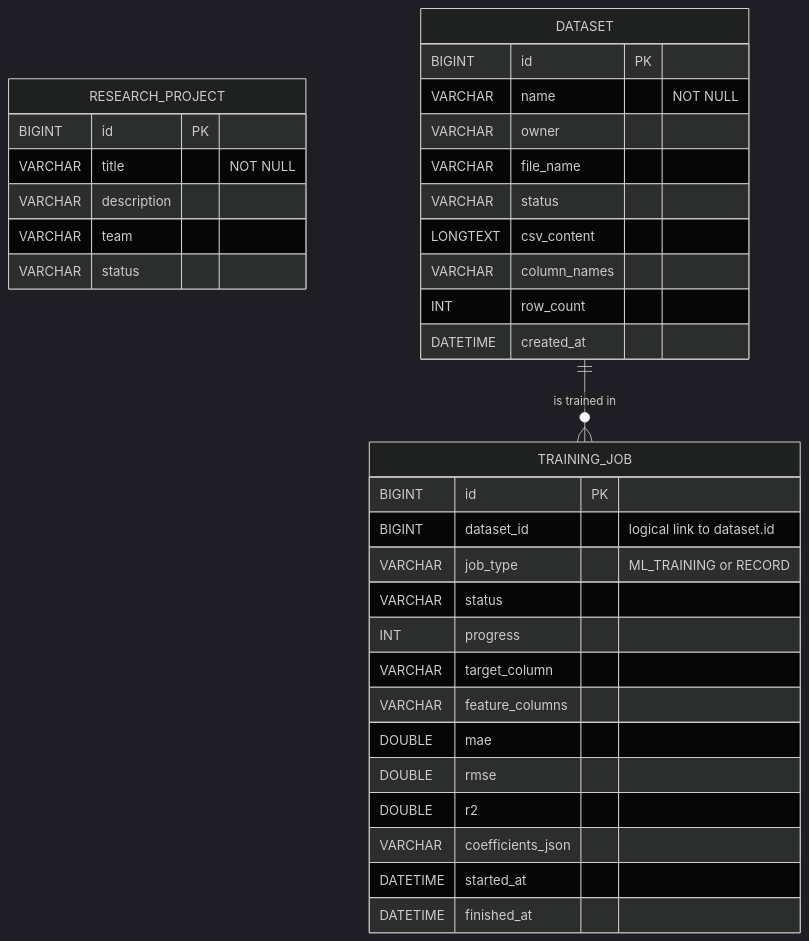
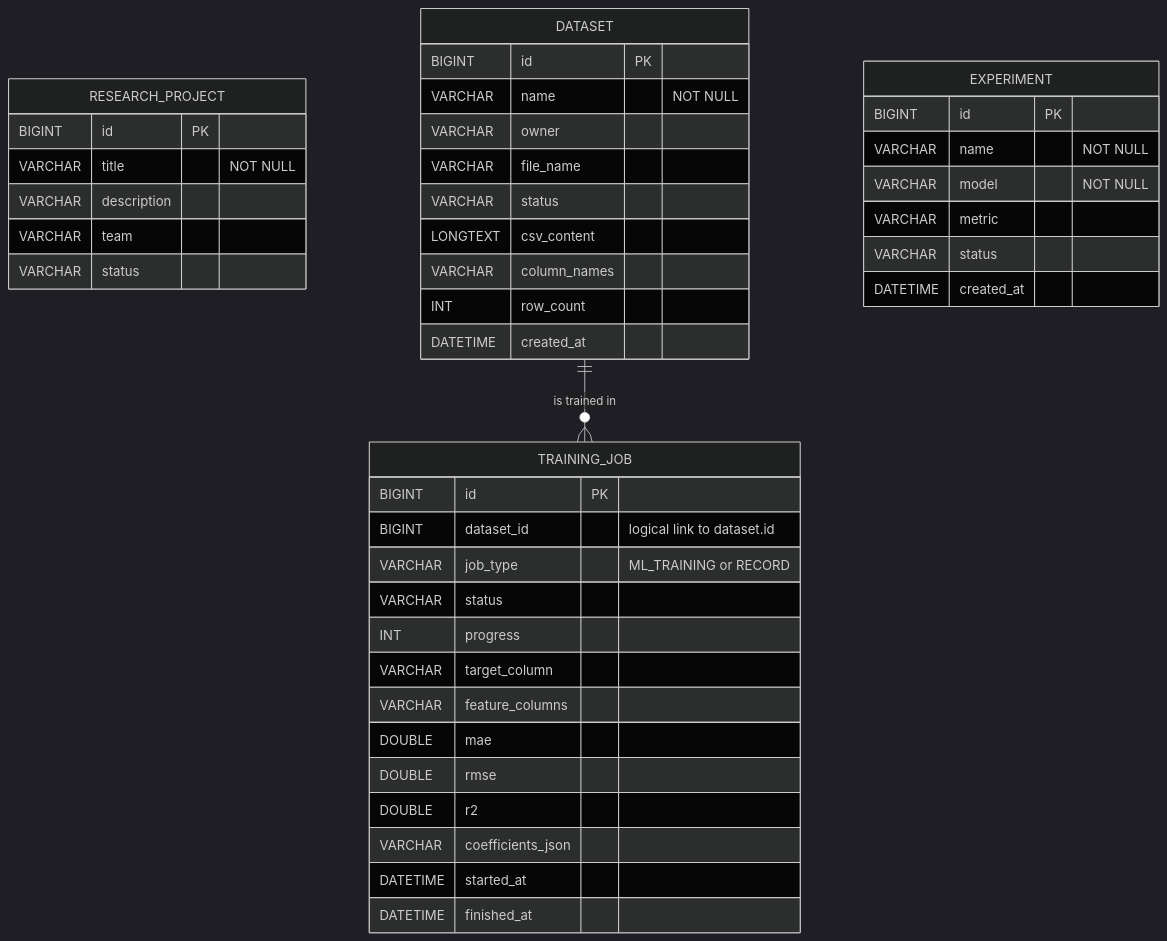
Before and after one commit to keshavtomar1606-gif/AI_Research_Plateform: the second of 2 diagrams in README.md, drawn with Mermaid (dark theme). The commit also changed other lines of this file and 27 other files, not shown here.

````diff
--- a/README.md
+++ b/README.md
@@ -24,37 +24,45 @@
 ```mermaid
 erDiagram
     RESEARCH_PROJECT {
         BIGINT id PK
         VARCHAR title "NOT NULL"
         VARCHAR description
         VARCHAR team
         VARCHAR status
     }
     DATASET {
         BIGINT id PK
         VARCHAR name "NOT NULL"
         VARCHAR owner
         VARCHAR file_name
         VARCHAR status
         LONGTEXT csv_content
         VARCHAR column_names
         INT row_count
         DATETIME created_at
     }
     TRAINING_JOB {
         BIGINT id PK
         BIGINT dataset_id "logical link to dataset.id"
         VARCHAR job_type "ML_TRAINING or RECORD"
         VARCHAR status
         INT progress
         VARCHAR target_column
         VARCHAR feature_columns
         DOUBLE mae
         DOUBLE rmse
         DOUBLE r2
         VARCHAR coefficients_json
         DATETIME started_at
         DATETIME finished_at
     }
+    EXPERIMENT {
+        BIGINT id PK
+        VARCHAR name "NOT NULL"
+        VARCHAR model "NOT NULL"
+        VARCHAR metric
+        VARCHAR status
+        DATETIME created_at
+    }
     DATASET ||--o{ TRAINING_JOB : "is trained in"
 ```
````
